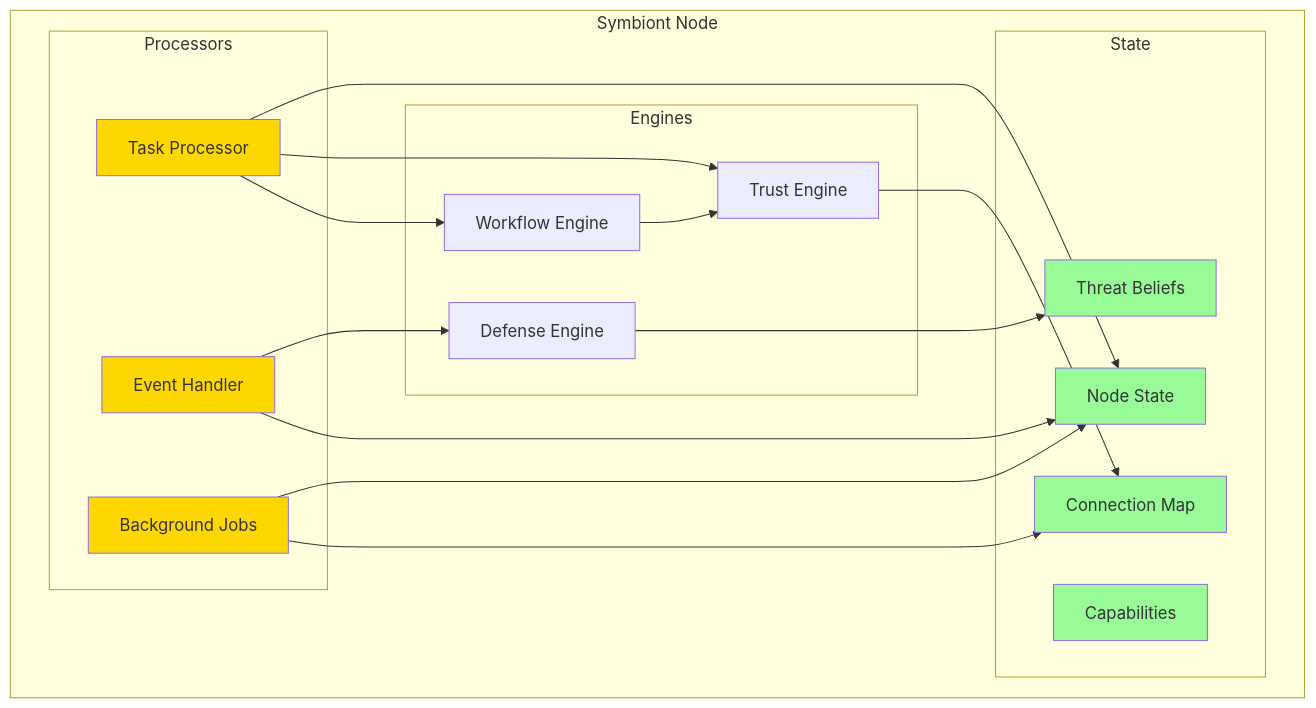
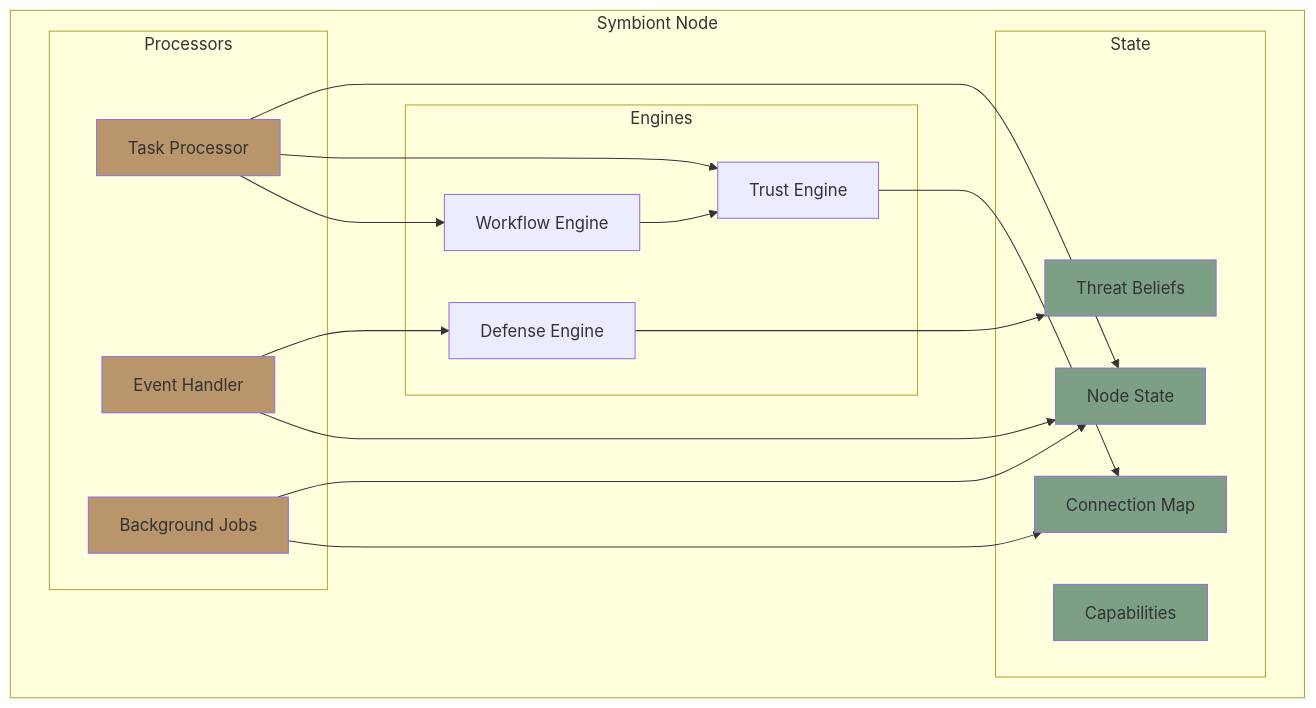
Before and after one commit to ScopeCreep-zip/Symbiont: the third of 11 diagrams in docs/architecture/overview.md, drawn with Mermaid. The commit also changed other lines of this file and 17 other files, not shown here.

Commit message:
update to diagram colors

````diff
--- a/docs/architecture/overview.md
+++ b/docs/architecture/overview.md
@@ -161,42 +161,42 @@
 ```mermaid
 graph TB
     subgraph "Symbiont Node"
         subgraph "Processors"
             TP[Task Processor]
             EH[Event Handler]
             BG[Background Jobs]
         end
 
         subgraph "State"
             NS[Node State]
             CM[Connection Map]
             CP[Capabilities]
             TB[Threat Beliefs]
         end
 
         subgraph "Engines"
             TE[Trust Engine]
             DE[Defense Engine]
             WE[Workflow Engine]
         end
 
         TP --> NS
         TP --> TE
         TP --> WE
         EH --> DE
         EH --> NS
         BG --> NS
         BG --> CM
         TE --> CM
         DE --> TB
         WE --> TE
     end
 
-    style TP fill:#FFD700
-    style EH fill:#FFD700
-    style BG fill:#FFD700
-    style NS fill:#98FB98
-    style CM fill:#98FB98
-    style CP fill:#98FB98
-    style TB fill:#98FB98
+    style TP fill:#b8956b
+    style EH fill:#b8956b
+    style BG fill:#b8956b
+    style NS fill:#7d9f85
+    style CM fill:#7d9f85
+    style CP fill:#7d9f85
+    style TB fill:#7d9f85
 ```
````
